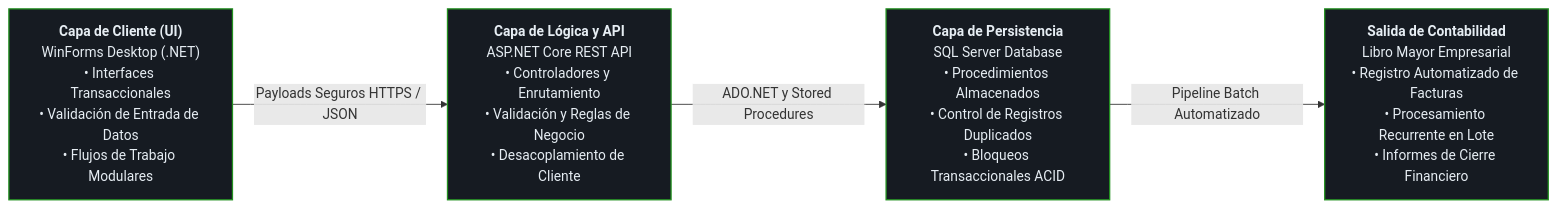
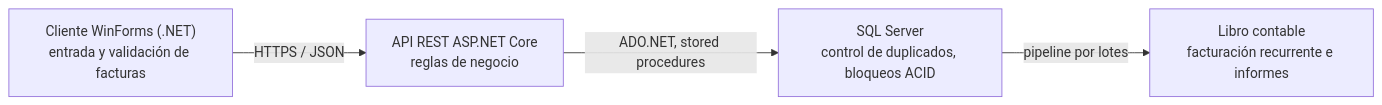
Before and after one commit to Rorro101004/Rorro101004: the first of 3 diagrams in README.es.md, drawn with Mermaid. The commit also changed other lines of this file and 9 other files, not shown here.

````diff
--- a/README.es.md
+++ b/README.es.md
@@ -92,9 +61,6 @@
 ```mermaid
 flowchart LR
-    A["<b>Capa de Cliente (UI)</b><br/>WinForms Desktop (.NET)<br/>• Interfaces Transaccionales<br/>• Validación de Entrada de Datos<br/>• Flujos de Trabajo Modulares"]
-    -->|Payloads Seguros HTTPS / JSON| B["<b>Capa de Lógica y API</b><br/>ASP.NET Core REST API<br/>• Controladores y Enrutamiento<br/>• Validación y Reglas de Negocio<br/>• Desacoplamiento de Cliente"]
-    -->|ADO.NET y Stored Procedures| C["<b>Capa de Persistencia</b><br/>SQL Server Database<br/>• Procedimientos Almacenados<br/>• Control de Registros Duplicados<br/>• Bloqueos Transaccionales ACID"]
-    -->|Pipeline Batch Automatizado| D["<b>Salida de Contabilidad</b><br/>Libro Mayor Empresarial<br/>• Registro Automatizado de Facturas<br/>• Procesamiento Recurrente en Lote<br/>• Informes de Cierre Financiero"]
-
-    classDef default fill:#161b22,stroke:#239120,stroke-width:1.5px,color:#e6edf3;
+    A["Cliente WinForms (.NET)<br/>entrada y validación de facturas"] -->|HTTPS / JSON| B["API REST ASP.NET Core<br/>reglas de negocio"]
+    B -->|ADO.NET, stored procedures| C["SQL Server<br/>control de duplicados, bloqueos ACID"]
+    C -->|pipeline por lotes| D["Libro contable<br/>facturación recurrente e informes"]
 ```
````
